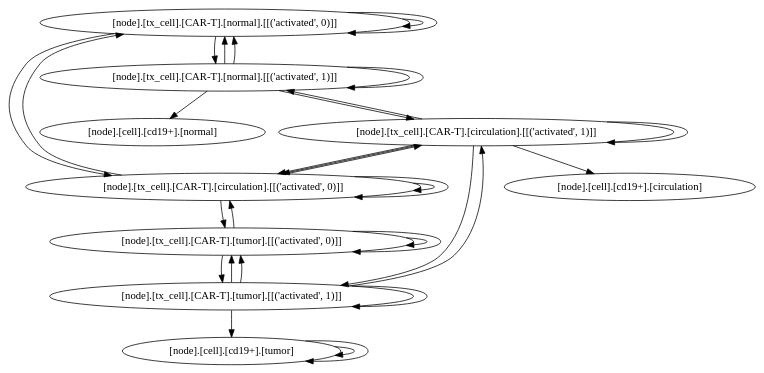
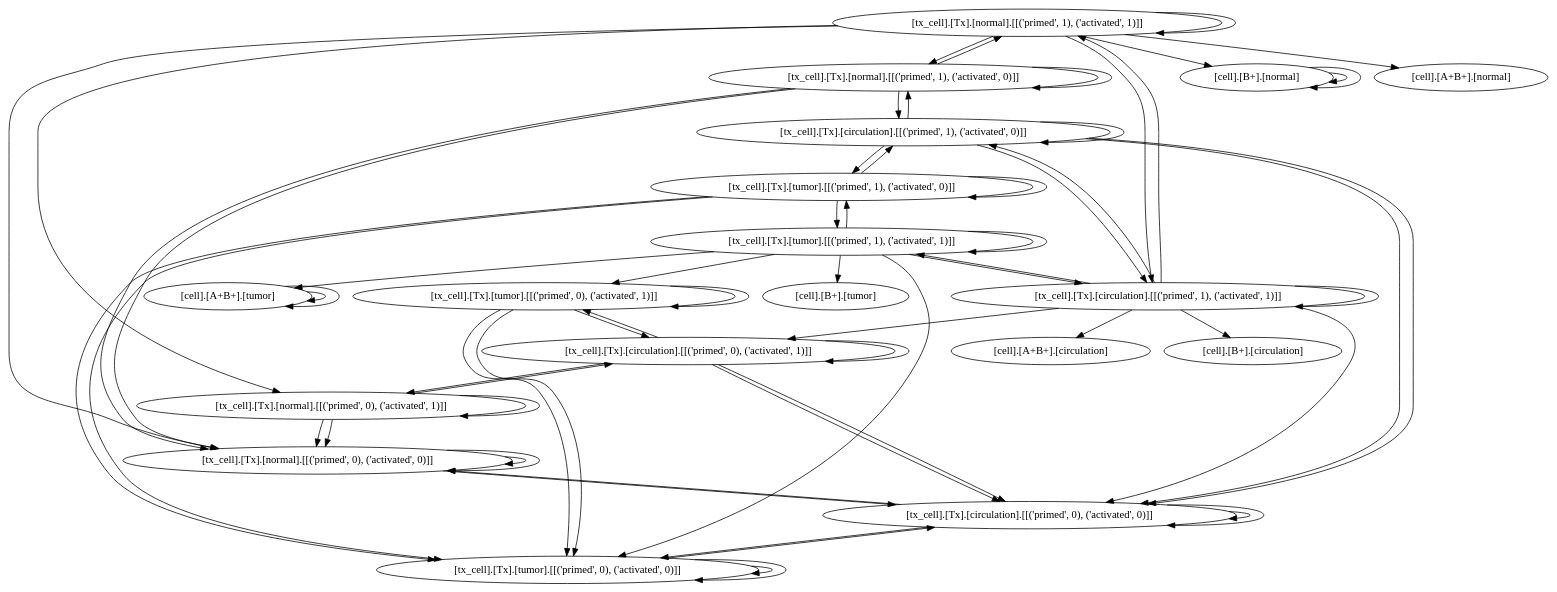
One commit to hbhargava7/celltx changed the diagram in ref/celltx_example/graph.dot. Above: the diagram before and after it, drawn with Graphviz. The commit also changed 2 other files, not shown here.

Commit message:
Added SynNotch to CAR Example

```diff
--- a/ref/celltx_example/graph.dot
+++ b/ref/celltx_example/graph.dot
@@ -1,40 +1,81 @@
 digraph "" {
-	"[node].[tx_cell].[CAR-T].[normal].[[('activated', 0)]]"	[data="[node].[tx_cell].[CAR-T].[normal].[[('activated', 0)]]"];
-	"[node].[tx_cell].[CAR-T].[normal].[[('activated', 0)]]" -> "[node].[tx_cell].[CAR-T].[normal].[[('activated', 0)]]"	[key=0];
-	"[node].[tx_cell].[CAR-T].[normal].[[('activated', 0)]]" -> "[node].[tx_cell].[CAR-T].[normal].[[('activated', 0)]]"	[key=1];
-	"[node].[tx_cell].[CAR-T].[normal].[[('activated', 1)]]"	[data="[node].[tx_cell].[CAR-T].[normal].[[('activated', 1)]]"];
-	"[node].[tx_cell].[CAR-T].[normal].[[('activated', 0)]]" -> "[node].[tx_cell].[CAR-T].[normal].[[('activated', 1)]]"	[key=0];
-	"[node].[tx_cell].[CAR-T].[circulation].[[('activated', 0)]]"	[data="[node].[tx_cell].[CAR-T].[circulation].[[('activated', 0)]]"];
-	"[node].[tx_cell].[CAR-T].[normal].[[('activated', 0)]]" -> "[node].[tx_cell].[CAR-T].[circulation].[[('activated', 0)]]"	[key=0];
-	"[node].[tx_cell].[CAR-T].[normal].[[('activated', 1)]]" -> "[node].[tx_cell].[CAR-T].[normal].[[('activated', 0)]]"	[key=0];
-	"[node].[tx_cell].[CAR-T].[normal].[[('activated', 1)]]" -> "[node].[tx_cell].[CAR-T].[normal].[[('activated', 0)]]"	[key=1];
-	"[node].[tx_cell].[CAR-T].[normal].[[('activated', 1)]]" -> "[node].[tx_cell].[CAR-T].[normal].[[('activated', 1)]]"	[key=0];
-	"[node].[tx_cell].[CAR-T].[circulation].[[('activated', 1)]]"	[data="[node].[tx_cell].[CAR-T].[circulation].[[('activated', 1)]]"];
-	"[node].[tx_cell].[CAR-T].[normal].[[('activated', 1)]]" -> "[node].[tx_cell].[CAR-T].[circulation].[[('activated', 1)]]"	[key=0];
-	"[node].[tx_cell].[CAR-T].[normal].[[('activated', 1)]]" -> "[node].[cell].[cd19+].[normal]"	[key=0];
-	"[node].[tx_cell].[CAR-T].[circulation].[[('activated', 0)]]" -> "[node].[tx_cell].[CAR-T].[normal].[[('activated', 0)]]"	[key=0];
-	"[node].[tx_cell].[CAR-T].[circulation].[[('activated', 0)]]" -> "[node].[tx_cell].[CAR-T].[circulation].[[('activated', 0)]]"	[key=0];
-	"[node].[tx_cell].[CAR-T].[circulation].[[('activated', 0)]]" -> "[node].[tx_cell].[CAR-T].[circulation].[[('activated', 0)]]"	[key=1];
-	"[node].[tx_cell].[CAR-T].[circulation].[[('activated', 0)]]" -> "[node].[tx_cell].[CAR-T].[circulation].[[('activated', 1)]]"	[key=0];
-	"[node].[tx_cell].[CAR-T].[tumor].[[('activated', 0)]]"	[data="[node].[tx_cell].[CAR-T].[tumor].[[('activated', 0)]]"];
-	"[node].[tx_cell].[CAR-T].[circulation].[[('activated', 0)]]" -> "[node].[tx_cell].[CAR-T].[tumor].[[('activated', 0)]]"	[key=0];
-	"[node].[tx_cell].[CAR-T].[circulation].[[('activated', 1)]]" -> "[node].[tx_cell].[CAR-T].[normal].[[('activated', 1)]]"	[key=0];
-	"[node].[tx_cell].[CAR-T].[circulation].[[('activated', 1)]]" -> "[node].[tx_cell].[CAR-T].[circulation].[[('activated', 0)]]"	[key=0];
-	"[node].[tx_cell].[CAR-T].[circulation].[[('activated', 1)]]" -> "[node].[tx_cell].[CAR-T].[circulation].[[('activated', 0)]]"	[key=1];
-	"[node].[tx_cell].[CAR-T].[circulation].[[('activated', 1)]]" -> "[node].[tx_cell].[CAR-T].[circulation].[[('activated', 1)]]"	[key=0];
-	"[node].[tx_cell].[CAR-T].[tumor].[[('activated', 1)]]"	[data="[node].[tx_cell].[CAR-T].[tumor].[[('activated', 1)]]"];
-	"[node].[tx_cell].[CAR-T].[circulation].[[('activated', 1)]]" -> "[node].[tx_cell].[CAR-T].[tumor].[[('activated', 1)]]"	[key=0];
-	"[node].[tx_cell].[CAR-T].[circulation].[[('activated', 1)]]" -> "[node].[cell].[cd19+].[circulation]"	[key=0];
-	"[node].[tx_cell].[CAR-T].[tumor].[[('activated', 0)]]" -> "[node].[tx_cell].[CAR-T].[circulation].[[('activated', 0)]]"	[key=0];
-	"[node].[tx_cell].[CAR-T].[tumor].[[('activated', 0)]]" -> "[node].[tx_cell].[CAR-T].[tumor].[[('activated', 0)]]"	[key=0];
-	"[node].[tx_cell].[CAR-T].[tumor].[[('activated', 0)]]" -> "[node].[tx_cell].[CAR-T].[tumor].[[('activated', 0)]]"	[key=1];
-	"[node].[tx_cell].[CAR-T].[tumor].[[('activated', 0)]]" -> "[node].[tx_cell].[CAR-T].[tumor].[[('activated', 1)]]"	[key=0];
-	"[node].[tx_cell].[CAR-T].[tumor].[[('activated', 1)]]" -> "[node].[tx_cell].[CAR-T].[circulation].[[('activated', 1)]]"	[key=0];
-	"[node].[tx_cell].[CAR-T].[tumor].[[('activated', 1)]]" -> "[node].[tx_cell].[CAR-T].[tumor].[[('activated', 0)]]"	[key=0];
-	"[node].[tx_cell].[CAR-T].[tumor].[[('activated', 1)]]" -> "[node].[tx_cell].[CAR-T].[tumor].[[('activated', 0)]]"	[key=1];
-	"[node].[tx_cell].[CAR-T].[tumor].[[('activated', 1)]]" -> "[node].[tx_cell].[CAR-T].[tumor].[[('activated', 1)]]"	[key=0];
-	"[node].[cell].[cd19+].[tumor]"	[data="[node].[cell].[cd19+].[tumor]"];
-	"[node].[tx_cell].[CAR-T].[tumor].[[('activated', 1)]]" -> "[node].[cell].[cd19+].[tumor]"	[key=0];
-	"[node].[cell].[cd19+].[tumor]" -> "[node].[cell].[cd19+].[tumor]"	[key=0];
-	"[node].[cell].[cd19+].[tumor]" -> "[node].[cell].[cd19+].[tumor]"	[key=1];
+	"[tx_cell].[Tx].[normal].[[('primed', 0), ('activated', 0)]]"	[data="[tx_cell].[Tx].[normal].[[('primed', 0), ('activated', 0)]]"];
+	"[tx_cell].[Tx].[normal].[[('primed', 0), ('activated', 0)]]" -> "[tx_cell].[Tx].[normal].[[('primed', 0), ('activated', 0)]]"	[key=0];
+	"[tx_cell].[Tx].[normal].[[('primed', 0), ('activated', 0)]]" -> "[tx_cell].[Tx].[normal].[[('primed', 0), ('activated', 0)]]"	[key=1];
+	"[tx_cell].[Tx].[circulation].[[('primed', 0), ('activated', 0)]]"	[data="[tx_cell].[Tx].[circulation].[[('primed', 0), ('activated', 0)]]"];
+	"[tx_cell].[Tx].[normal].[[('primed', 0), ('activated', 0)]]" -> "[tx_cell].[Tx].[circulation].[[('primed', 0), ('activated', 0)]]"	[key=0];
+	"[tx_cell].[Tx].[normal].[[('primed', 0), ('activated', 1)]]"	[data="[tx_cell].[Tx].[normal].[[('primed', 0), ('activated', 1)]]"];
+	"[tx_cell].[Tx].[normal].[[('primed', 0), ('activated', 1)]]" -> "[tx_cell].[Tx].[normal].[[('primed', 0), ('activated', 0)]]"	[key=0];
+	"[tx_cell].[Tx].[normal].[[('primed', 0), ('activated', 1)]]" -> "[tx_cell].[Tx].[normal].[[('primed', 0), ('activated', 0)]]"	[key=1];
+	"[tx_cell].[Tx].[normal].[[('primed', 0), ('activated', 1)]]" -> "[tx_cell].[Tx].[normal].[[('primed', 0), ('activated', 1)]]"	[key=0];
+	"[tx_cell].[Tx].[circulation].[[('primed', 0), ('activated', 1)]]"	[data="[tx_cell].[Tx].[circulation].[[('primed', 0), ('activated', 1)]]"];
+	"[tx_cell].[Tx].[normal].[[('primed', 0), ('activated', 1)]]" -> "[tx_cell].[Tx].[circulation].[[('primed', 0), ('activated', 1)]]"	[key=0];
+	"[tx_cell].[Tx].[normal].[[('primed', 1), ('activated', 0)]]"	[data="[tx_cell].[Tx].[normal].[[('primed', 1), ('activated', 0)]]"];
+	"[tx_cell].[Tx].[normal].[[('primed', 1), ('activated', 0)]]" -> "[tx_cell].[Tx].[normal].[[('primed', 0), ('activated', 0)]]"	[key=0];
+	"[tx_cell].[Tx].[normal].[[('primed', 1), ('activated', 0)]]" -> "[tx_cell].[Tx].[normal].[[('primed', 0), ('activated', 0)]]"	[key=1];
+	"[tx_cell].[Tx].[normal].[[('primed', 1), ('activated', 0)]]" -> "[tx_cell].[Tx].[normal].[[('primed', 1), ('activated', 0)]]"	[key=0];
+	"[tx_cell].[Tx].[normal].[[('primed', 1), ('activated', 1)]]"	[data="[tx_cell].[Tx].[normal].[[('primed', 1), ('activated', 1)]]"];
+	"[tx_cell].[Tx].[normal].[[('primed', 1), ('activated', 0)]]" -> "[tx_cell].[Tx].[normal].[[('primed', 1), ('activated', 1)]]"	[key=0];
+	"[tx_cell].[Tx].[circulation].[[('primed', 1), ('activated', 0)]]"	[data="[tx_cell].[Tx].[circulation].[[('primed', 1), ('activated', 0)]]"];
+	"[tx_cell].[Tx].[normal].[[('primed', 1), ('activated', 0)]]" -> "[tx_cell].[Tx].[circulation].[[('primed', 1), ('activated', 0)]]"	[key=0];
+	"[tx_cell].[Tx].[normal].[[('primed', 1), ('activated', 1)]]" -> "[tx_cell].[Tx].[normal].[[('primed', 0), ('activated', 0)]]"	[key=0];
+	"[tx_cell].[Tx].[normal].[[('primed', 1), ('activated', 1)]]" -> "[tx_cell].[Tx].[normal].[[('primed', 0), ('activated', 1)]]"	[key=0];
+	"[tx_cell].[Tx].[normal].[[('primed', 1), ('activated', 1)]]" -> "[tx_cell].[Tx].[normal].[[('primed', 1), ('activated', 0)]]"	[key=0];
+	"[tx_cell].[Tx].[normal].[[('primed', 1), ('activated', 1)]]" -> "[tx_cell].[Tx].[normal].[[('primed', 1), ('activated', 1)]]"	[key=0];
+	"[tx_cell].[Tx].[circulation].[[('primed', 1), ('activated', 1)]]"	[data="[tx_cell].[Tx].[circulation].[[('primed', 1), ('activated', 1)]]"];
+	"[tx_cell].[Tx].[normal].[[('primed', 1), ('activated', 1)]]" -> "[tx_cell].[Tx].[circulation].[[('primed', 1), ('activated', 1)]]"	[key=0];
+	"[cell].[B+].[normal]"	[data="[cell].[B+].[normal]"];
+	"[tx_cell].[Tx].[normal].[[('primed', 1), ('activated', 1)]]" -> "[cell].[B+].[normal]"	[key=0];
+	"[tx_cell].[Tx].[normal].[[('primed', 1), ('activated', 1)]]" -> "[cell].[A+B+].[normal]"	[key=0];
+	"[tx_cell].[Tx].[circulation].[[('primed', 0), ('activated', 0)]]" -> "[tx_cell].[Tx].[normal].[[('primed', 0), ('activated', 0)]]"	[key=0];
+	"[tx_cell].[Tx].[circulation].[[('primed', 0), ('activated', 0)]]" -> "[tx_cell].[Tx].[circulation].[[('primed', 0), ('activated', 0)]]"	[key=0];
+	"[tx_cell].[Tx].[circulation].[[('primed', 0), ('activated', 0)]]" -> "[tx_cell].[Tx].[circulation].[[('primed', 0), ('activated', 0)]]"	[key=1];
+	"[tx_cell].[Tx].[tumor].[[('primed', 0), ('activated', 0)]]"	[data="[tx_cell].[Tx].[tumor].[[('primed', 0), ('activated', 0)]]"];
+	"[tx_cell].[Tx].[circulation].[[('primed', 0), ('activated', 0)]]" -> "[tx_cell].[Tx].[tumor].[[('primed', 0), ('activated', 0)]]"	[key=0];
+	"[tx_cell].[Tx].[circulation].[[('primed', 0), ('activated', 1)]]" -> "[tx_cell].[Tx].[normal].[[('primed', 0), ('activated', 1)]]"	[key=0];
+	"[tx_cell].[Tx].[circulation].[[('primed', 0), ('activated', 1)]]" -> "[tx_cell].[Tx].[circulation].[[('primed', 0), ('activated', 0)]]"	[key=0];
+	"[tx_cell].[Tx].[circulation].[[('primed', 0), ('activated', 1)]]" -> "[tx_cell].[Tx].[circulation].[[('primed', 0), ('activated', 0)]]"	[key=1];
+	"[tx_cell].[Tx].[circulation].[[('primed', 0), ('activated', 1)]]" -> "[tx_cell].[Tx].[circulation].[[('primed', 0), ('activated', 1)]]"	[key=0];
+	"[tx_cell].[Tx].[tumor].[[('primed', 0), ('activated', 1)]]"	[data="[tx_cell].[Tx].[tumor].[[('primed', 0), ('activated', 1)]]"];
+	"[tx_cell].[Tx].[circulation].[[('primed', 0), ('activated', 1)]]" -> "[tx_cell].[Tx].[tumor].[[('primed', 0), ('activated', 1)]]"	[key=0];
+	"[tx_cell].[Tx].[circulation].[[('primed', 1), ('activated', 0)]]" -> "[tx_cell].[Tx].[normal].[[('primed', 1), ('activated', 0)]]"	[key=0];
+	"[tx_cell].[Tx].[circulation].[[('primed', 1), ('activated', 0)]]" -> "[tx_cell].[Tx].[circulation].[[('primed', 0), ('activated', 0)]]"	[key=0];
+	"[tx_cell].[Tx].[circulation].[[('primed', 1), ('activated', 0)]]" -> "[tx_cell].[Tx].[circulation].[[('primed', 0), ('activated', 0)]]"	[key=1];
+	"[tx_cell].[Tx].[circulation].[[('primed', 1), ('activated', 0)]]" -> "[tx_cell].[Tx].[circulation].[[('primed', 1), ('activated', 0)]]"	[key=0];
+	"[tx_cell].[Tx].[circulation].[[('primed', 1), ('activated', 0)]]" -> "[tx_cell].[Tx].[circulation].[[('primed', 1), ('activated', 1)]]"	[key=0];
+	"[tx_cell].[Tx].[tumor].[[('primed', 1), ('activated', 0)]]"	[data="[tx_cell].[Tx].[tumor].[[('primed', 1), ('activated', 0)]]"];
+	"[tx_cell].[Tx].[circulation].[[('primed', 1), ('activated', 0)]]" -> "[tx_cell].[Tx].[tumor].[[('primed', 1), ('activated', 0)]]"	[key=0];
+	"[tx_cell].[Tx].[circulation].[[('primed', 1), ('activated', 1)]]" -> "[tx_cell].[Tx].[normal].[[('primed', 1), ('activated', 1)]]"	[key=0];
+	"[tx_cell].[Tx].[circulation].[[('primed', 1), ('activated', 1)]]" -> "[tx_cell].[Tx].[circulation].[[('primed', 0), ('activated', 0)]]"	[key=0];
+	"[tx_cell].[Tx].[circulation].[[('primed', 1), ('activated', 1)]]" -> "[tx_cell].[Tx].[circulation].[[('primed', 0), ('activated', 1)]]"	[key=0];
+	"[tx_cell].[Tx].[circulation].[[('primed', 1), ('activated', 1)]]" -> "[tx_cell].[Tx].[circulation].[[('primed', 1), ('activated', 0)]]"	[key=0];
+	"[tx_cell].[Tx].[circulation].[[('primed', 1), ('activated', 1)]]" -> "[tx_cell].[Tx].[circulation].[[('primed', 1), ('activated', 1)]]"	[key=0];
+	"[tx_cell].[Tx].[tumor].[[('primed', 1), ('activated', 1)]]"	[data="[tx_cell].[Tx].[tumor].[[('primed', 1), ('activated', 1)]]"];
+	"[tx_cell].[Tx].[circulation].[[('primed', 1), ('activated', 1)]]" -> "[tx_cell].[Tx].[tumor].[[('primed', 1), ('activated', 1)]]"	[key=0];
+	"[tx_cell].[Tx].[circulation].[[('primed', 1), ('activated', 1)]]" -> "[cell].[A+B+].[circulation]"	[key=0];
+	"[tx_cell].[Tx].[circulation].[[('primed', 1), ('activated', 1)]]" -> "[cell].[B+].[circulation]"	[key=0];
+	"[tx_cell].[Tx].[tumor].[[('primed', 0), ('activated', 0)]]" -> "[tx_cell].[Tx].[circulation].[[('primed', 0), ('activated', 0)]]"	[key=0];
+	"[tx_cell].[Tx].[tumor].[[('primed', 0), ('activated', 0)]]" -> "[tx_cell].[Tx].[tumor].[[('primed', 0), ('activated', 0)]]"	[key=0];
+	"[tx_cell].[Tx].[tumor].[[('primed', 0), ('activated', 0)]]" -> "[tx_cell].[Tx].[tumor].[[('primed', 0), ('activated', 0)]]"	[key=1];
+	"[tx_cell].[Tx].[tumor].[[('primed', 0), ('activated', 1)]]" -> "[tx_cell].[Tx].[circulation].[[('primed', 0), ('activated', 1)]]"	[key=0];
+	"[tx_cell].[Tx].[tumor].[[('primed', 0), ('activated', 1)]]" -> "[tx_cell].[Tx].[tumor].[[('primed', 0), ('activated', 0)]]"	[key=0];
+	"[tx_cell].[Tx].[tumor].[[('primed', 0), ('activated', 1)]]" -> "[tx_cell].[Tx].[tumor].[[('primed', 0), ('activated', 0)]]"	[key=1];
+	"[tx_cell].[Tx].[tumor].[[('primed', 0), ('activated', 1)]]" -> "[tx_cell].[Tx].[tumor].[[('primed', 0), ('activated', 1)]]"	[key=0];
+	"[tx_cell].[Tx].[tumor].[[('primed', 1), ('activated', 0)]]" -> "[tx_cell].[Tx].[circulation].[[('primed', 1), ('activated', 0)]]"	[key=0];
+	"[tx_cell].[Tx].[tumor].[[('primed', 1), ('activated', 0)]]" -> "[tx_cell].[Tx].[tumor].[[('primed', 0), ('activated', 0)]]"	[key=0];
+	"[tx_cell].[Tx].[tumor].[[('primed', 1), ('activated', 0)]]" -> "[tx_cell].[Tx].[tumor].[[('primed', 0), ('activated', 0)]]"	[key=1];
+	"[tx_cell].[Tx].[tumor].[[('primed', 1), ('activated', 0)]]" -> "[tx_cell].[Tx].[tumor].[[('primed', 1), ('activated', 0)]]"	[key=0];
+	"[tx_cell].[Tx].[tumor].[[('primed', 1), ('activated', 0)]]" -> "[tx_cell].[Tx].[tumor].[[('primed', 1), ('activated', 1)]]"	[key=0];
+	"[tx_cell].[Tx].[tumor].[[('primed', 1), ('activated', 1)]]" -> "[tx_cell].[Tx].[circulation].[[('primed', 1), ('activated', 1)]]"	[key=0];
+	"[tx_cell].[Tx].[tumor].[[('primed', 1), ('activated', 1)]]" -> "[tx_cell].[Tx].[tumor].[[('primed', 0), ('activated', 0)]]"	[key=0];
+	"[tx_cell].[Tx].[tumor].[[('primed', 1), ('activated', 1)]]" -> "[tx_cell].[Tx].[tumor].[[('primed', 0), ('activated', 1)]]"	[key=0];
+	"[tx_cell].[Tx].[tumor].[[('primed', 1), ('activated', 1)]]" -> "[tx_cell].[Tx].[tumor].[[('primed', 1), ('activated', 0)]]"	[key=0];
+	"[tx_cell].[Tx].[tumor].[[('primed', 1), ('activated', 1)]]" -> "[tx_cell].[Tx].[tumor].[[('primed', 1), ('activated', 1)]]"	[key=0];
+	"[cell].[A+B+].[tumor]"	[data="[cell].[A+B+].[tumor]"];
+	"[tx_cell].[Tx].[tumor].[[('primed', 1), ('activated', 1)]]" -> "[cell].[A+B+].[tumor]"	[key=0];
+	"[tx_cell].[Tx].[tumor].[[('primed', 1), ('activated', 1)]]" -> "[cell].[B+].[tumor]"	[key=0];
+	"[cell].[A+B+].[tumor]" -> "[cell].[A+B+].[tumor]"	[key=0];
+	"[cell].[A+B+].[tumor]" -> "[cell].[A+B+].[tumor]"	[key=1];
+	"[cell].[B+].[normal]" -> "[cell].[B+].[normal]"	[key=0];
+	"[cell].[B+].[normal]" -> "[cell].[B+].[normal]"	[key=1];
 }
```
